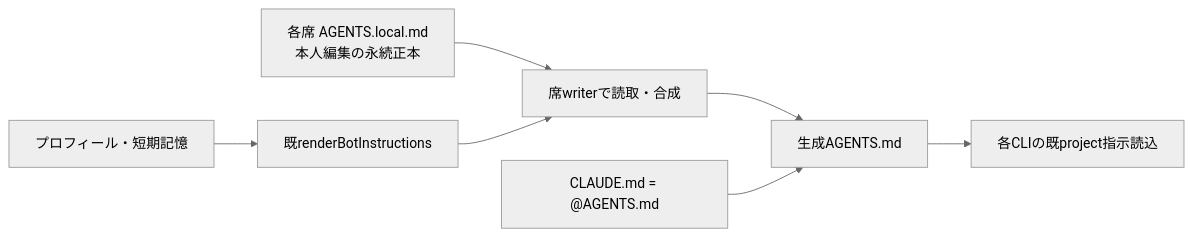
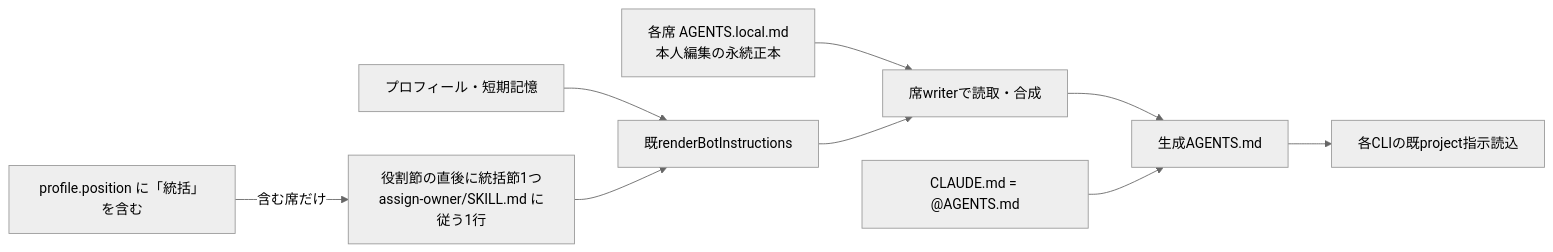
Before and after one commit to kitepon/BellTeam: the second of 3 diagrams in docs/architecture/modules/members/instructions.md, drawn with Mermaid (neutral theme). The commit also changed other lines of this file and 3 other files, not shown here.

First line of the commit message:
Give coordinator seats the assign-owner procedure in their generated AGENTS.md

````diff
--- a/docs/architecture/modules/members/instructions.md
+++ b/docs/architecture/modules/members/instructions.md
@@ -32,9 +32,11 @@
 ```mermaid
 flowchart LR
   Profile[プロフィール・短期記憶] --> Render[既renderBotInstructions]
+  Position["profile.position に「統括」を含む"] -->|"含む席だけ"| Coord["役割節の直後に統括節1つ<br/>assign-owner/SKILL.md に従う1行"]
+  Coord --> Render
   Local["各席 AGENTS.local.md<br/>本人編集の永続正本"] --> Compose[席writerで読取・合成]
   Render --> Compose
   Compose --> Agents[生成AGENTS.md]
   Agents --> CLI[各CLIの既project指示読込]
   Claude["CLAUDE.md = @AGENTS.md"] --> Agents
 ```
````
